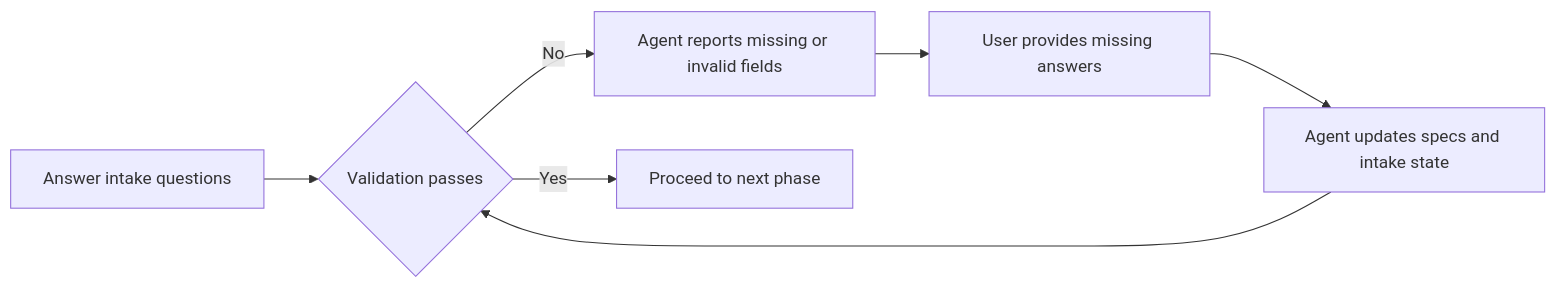
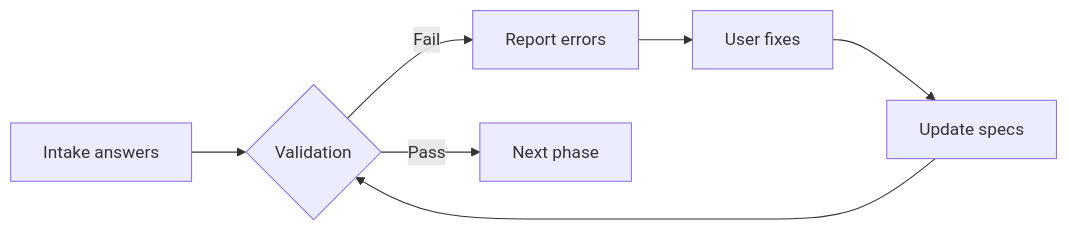
One commit to yunusakin/spectra changed the third of 4 diagrams in README.md. Above: the diagram before and after it, drawn with Mermaid. The commit also changed other lines of this file, not shown here.

````diff
--- a/README.md
+++ b/README.md
@@ -47,9 +135,9 @@
 ```mermaid
 flowchart LR
-  Intake[Answer intake questions] --> Check{Validation passes}
-  Check -->|No| Report[Agent reports missing or invalid fields]
-  Report --> Fix[User provides missing answers]
-  Fix --> Update[Agent updates specs and intake state]
+  Intake["Intake answers"] --> Check{"Validation"}
+  Check -->|Fail| Report["Report errors"]
+  Report --> Fix["User fixes"]
+  Fix --> Update["Update specs"]
   Update --> Check
-  Check -->|Yes| Next[Proceed to next phase]
+  Check -->|Pass| Next["Next phase"]
 ```
````
